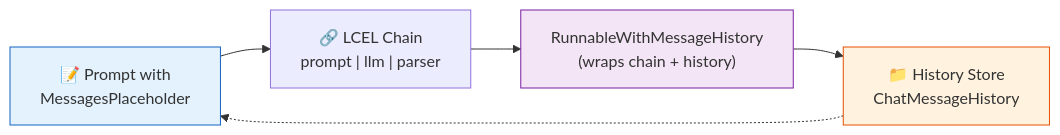
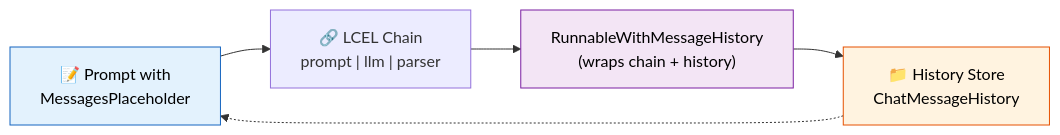
The second of 6 diagrams in 06_memory/README.md (remolaan/Agentic-AI-Cookbook), drawn with Mermaid before and after one commit. The commit also changed other lines of this file and 45 other files, not shown here.

Commit message:
Fix Mermaid diagram text colors for readability across all READMEs

````diff
--- a/06_memory/README.md
+++ b/06_memory/README.md
@@ -47,11 +47,11 @@
 ```mermaid
 flowchart LR
     P["📝 Prompt with<br/>MessagesPlaceholder"] --> C["🔗 LCEL Chain<br/>prompt | llm | parser"]
     C --> W["RunnableWithMessageHistory<br/>(wraps chain + history)"]
     W --> H["📁 History Store<br/>ChatMessageHistory"]
     H -.-> P
     
-    style P fill:#e3f2fd,stroke:#1565c0
-    style W fill:#f3e5f5,stroke:#7b1fa2
-    style H fill:#fff3e0,stroke:#e65100
+    style P fill:#e3f2fd,stroke:#1565c0,color:#000000
+    style W fill:#f3e5f5,stroke:#7b1fa2,color:#000000
+    style H fill:#fff3e0,stroke:#e65100,color:#000000
 ```
````
